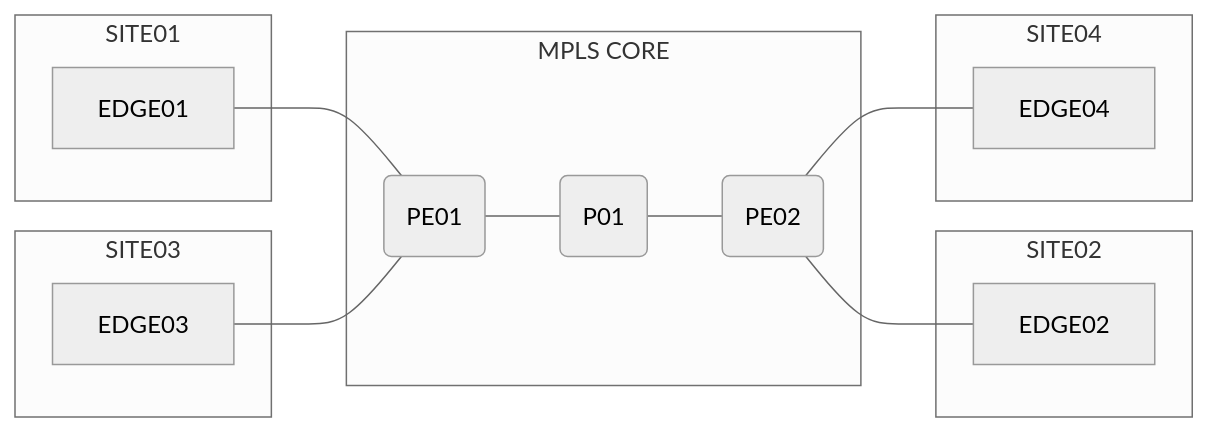
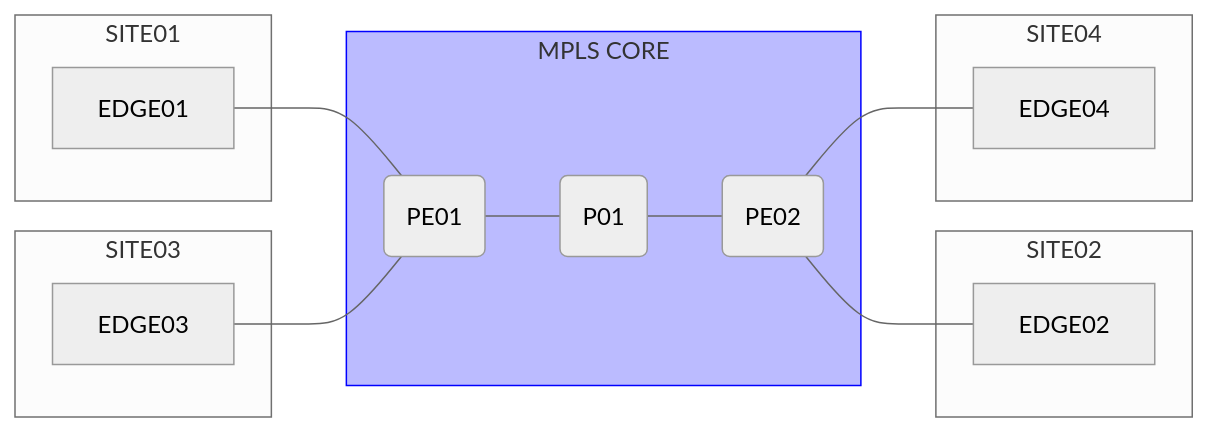
The diagram in diagrams/network_diagram.md (jnaranjom/iac_network_deployment), drawn with Mermaid (neutral theme) before and after one commit.

````diff
--- a/diagrams/network_diagram.md
+++ b/diagrams/network_diagram.md
@@ -7,23 +7,24 @@
 ```mermaid
 flowchart LR
     subgraph SITE01
     A[EDGE01]
     end
     subgraph SITE03
     F[EDGE03]
     end
     A[EDGE01] --- B(PE01)
     F[EDGE03] --- B(PE01)
-    subgraph MPLS CORE
+    subgraph CORE[MPLS CORE]
     B --- C(P01)
     C --- D(PE02)
     end
     D --- E[EDGE02]
     D --- G[EDGE04]
     subgraph SITE02
     E[EDGE02]
     end
     subgraph SITE04
     G[EDGE04]
+    style CORE fill:#bbf,stroke:blue
     end
 ```
````
